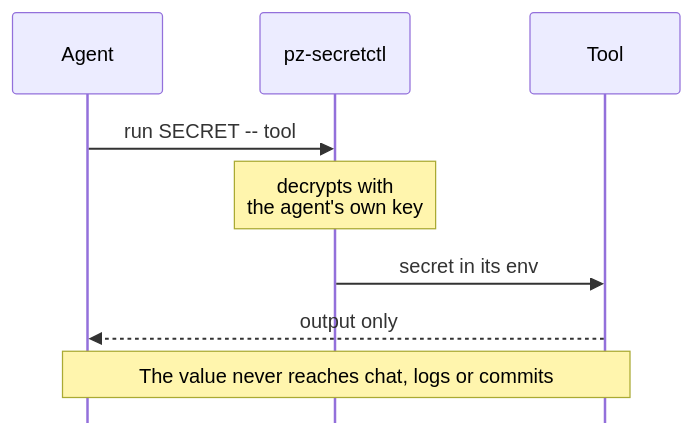
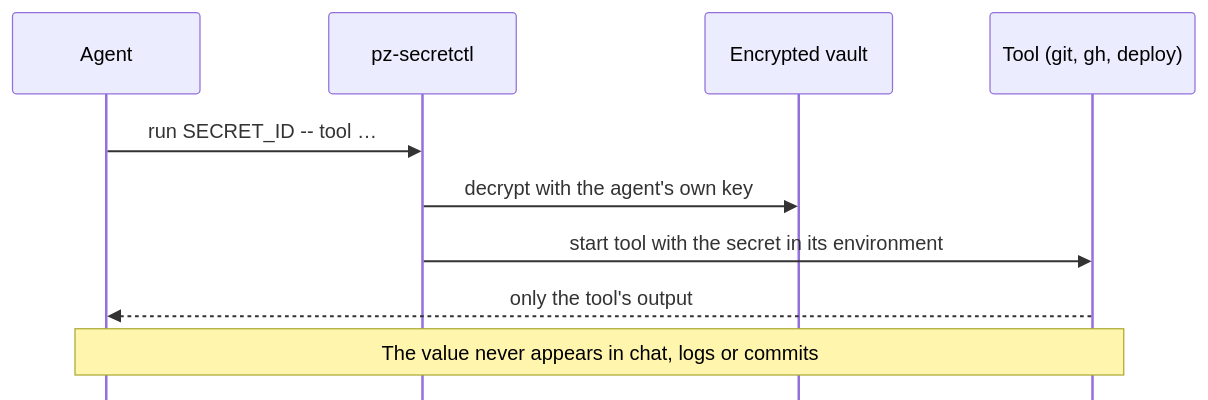
Before and after one commit to smarterworkerai/.github: the fourth of 4 diagrams in profile/README.md, drawn with Mermaid.

Commit message:
Profile: earlier secrets diagram
Claude-Session: https://claude.ai/code/session_01RRgFpTQd5igjEQpRgACjyH

````diff
--- a/profile/README.md
+++ b/profile/README.md
@@ -95,12 +95,13 @@
 ```mermaid
-%%{init: {"sequence": {"mirrorActors": false, "actorMargin": 40, "width": 120}}}%%
+%%{init: {"sequence": {"mirrorActors": false}}}%%
 sequenceDiagram
     participant A as Agent
     participant S as pz-secretctl
-    participant T as Tool
-    A->>S: run SECRET -- tool
-    Note over S: decrypts with<br/>the agent's own key
-    S->>T: secret in its env
-    T-->>A: output only
-    Note over A,T: The value never reaches chat, logs or commits
+    participant V as Encrypted vault
+    participant T as Tool (git, gh, deploy)
+    A->>S: run SECRET_ID -- tool …
+    S->>V: decrypt with the agent's own key
+    S->>T: start tool with the secret in its environment
+    T-->>A: only the tool's output
+    Note over A,T: The value never appears in chat, logs or commits
 ```
````
